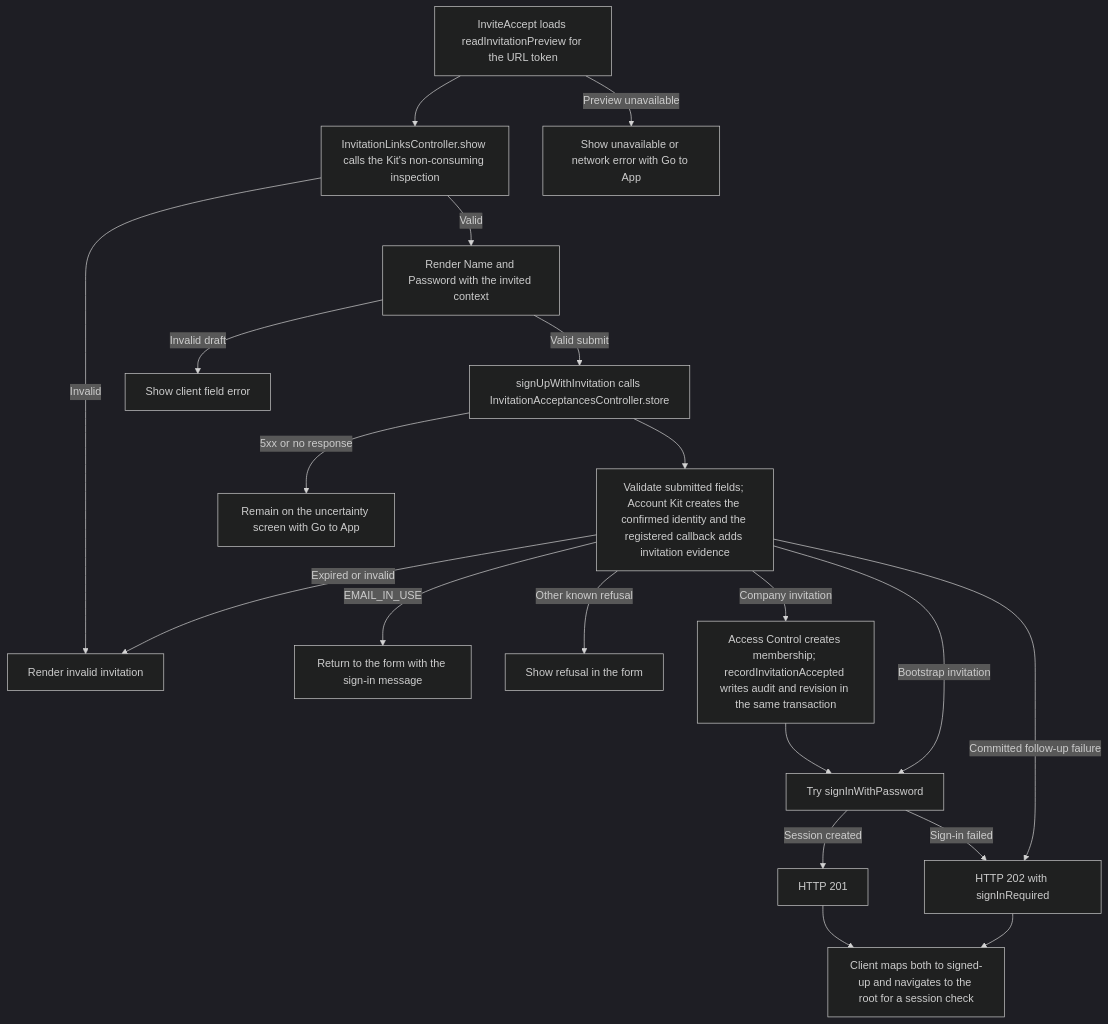
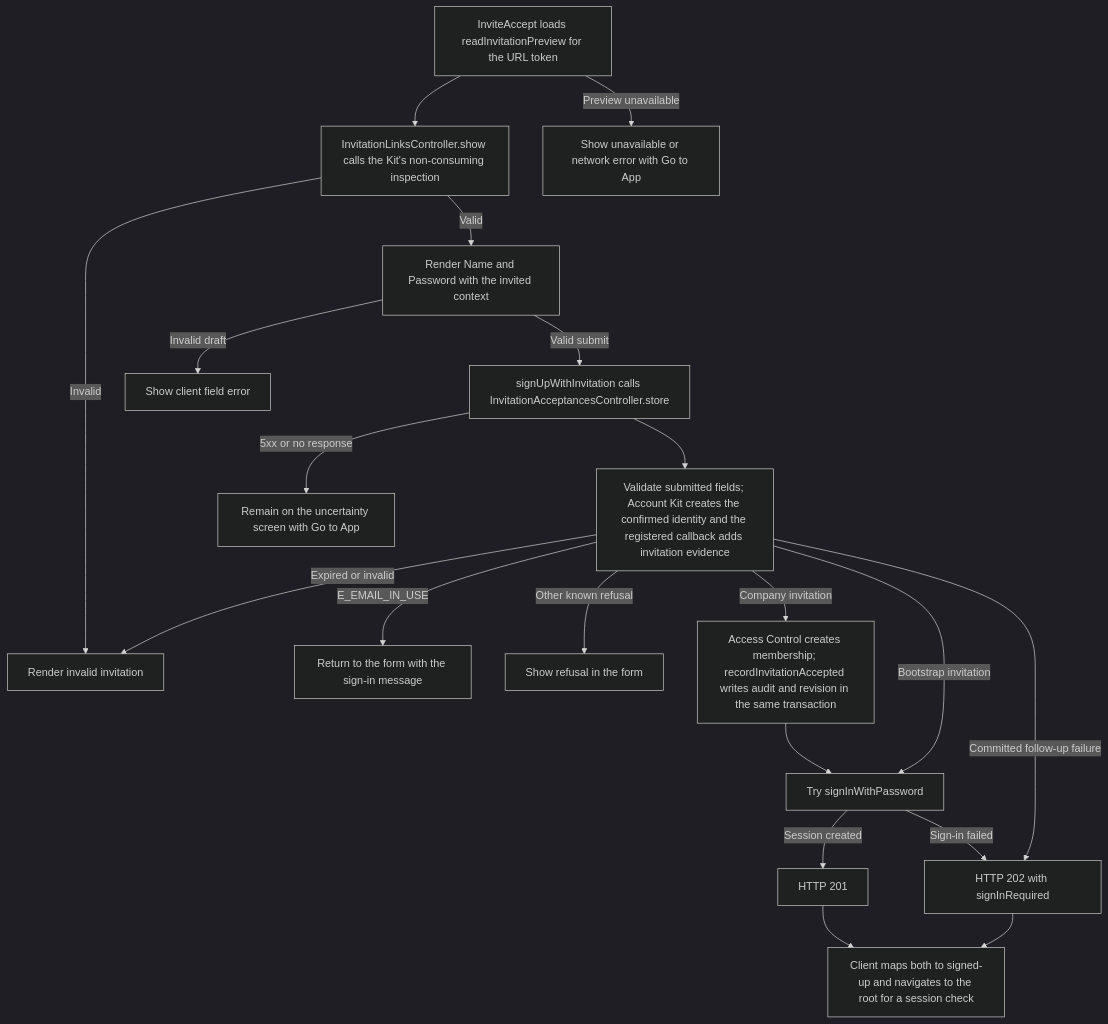
Before and after one commit to Kevinjohn/capacitylens: the second of 2 diagrams in user-stories/team/US-TEAM-04-accept-invitation.md, drawn with Mermaid (dark theme). The commit also changed 72 other files, not shown here.

````diff
--- a/user-stories/team/US-TEAM-04-accept-invitation.md
+++ b/user-stories/team/US-TEAM-04-accept-invitation.md
@@ -33,22 +33,22 @@
 ```mermaid
 flowchart TD
   page["InviteAccept loads readInvitationPreview for the URL token"] --> inspect["InvitationLinksController.show calls the Kit's non-consuming inspection"]
   inspect -->|Invalid| invalid["Render invalid invitation"]
   inspect -->|Valid| form["Render Name and Password with the invited context"]
   page -->|Preview unavailable| retry["Show unavailable or network error with Go to App"]
   form -->|Valid submit| endpoint["signUpWithInvitation calls InvitationAcceptancesController.store"]
   form -->|Invalid draft| invalidDraft["Show client field error"]
   endpoint --> kit["Validate submitted fields; Account Kit creates the confirmed identity and the registered callback adds invitation evidence"]
   kit -->|Expired or invalid| invalid
-  kit -->|EMAIL_IN_USE| signIn["Return to the form with the sign-in message"]
+  kit -->|E_EMAIL_IN_USE| signIn["Return to the form with the sign-in message"]
   kit -->|Other known refusal| refusal["Show refusal in the form"]
   kit -->|Company invitation| membership["Access Control creates membership; recordInvitationAccepted writes audit and revision in the same transaction"]
   membership --> session["Try signInWithPassword"]
   kit -->|Bootstrap invitation| session
   session -->|Session created| ok["HTTP 201"]
   session -->|Sign-in failed| accepted["HTTP 202 with signInRequired"]
   kit -->|Committed follow-up failure| accepted
   ok --> browser["Client maps both to signed-up and navigates to the root for a session check"]
   accepted --> browser
   endpoint -->|5xx or no response| uncertain["Remain on the uncertainty screen with Go to App"]
 ```
````
